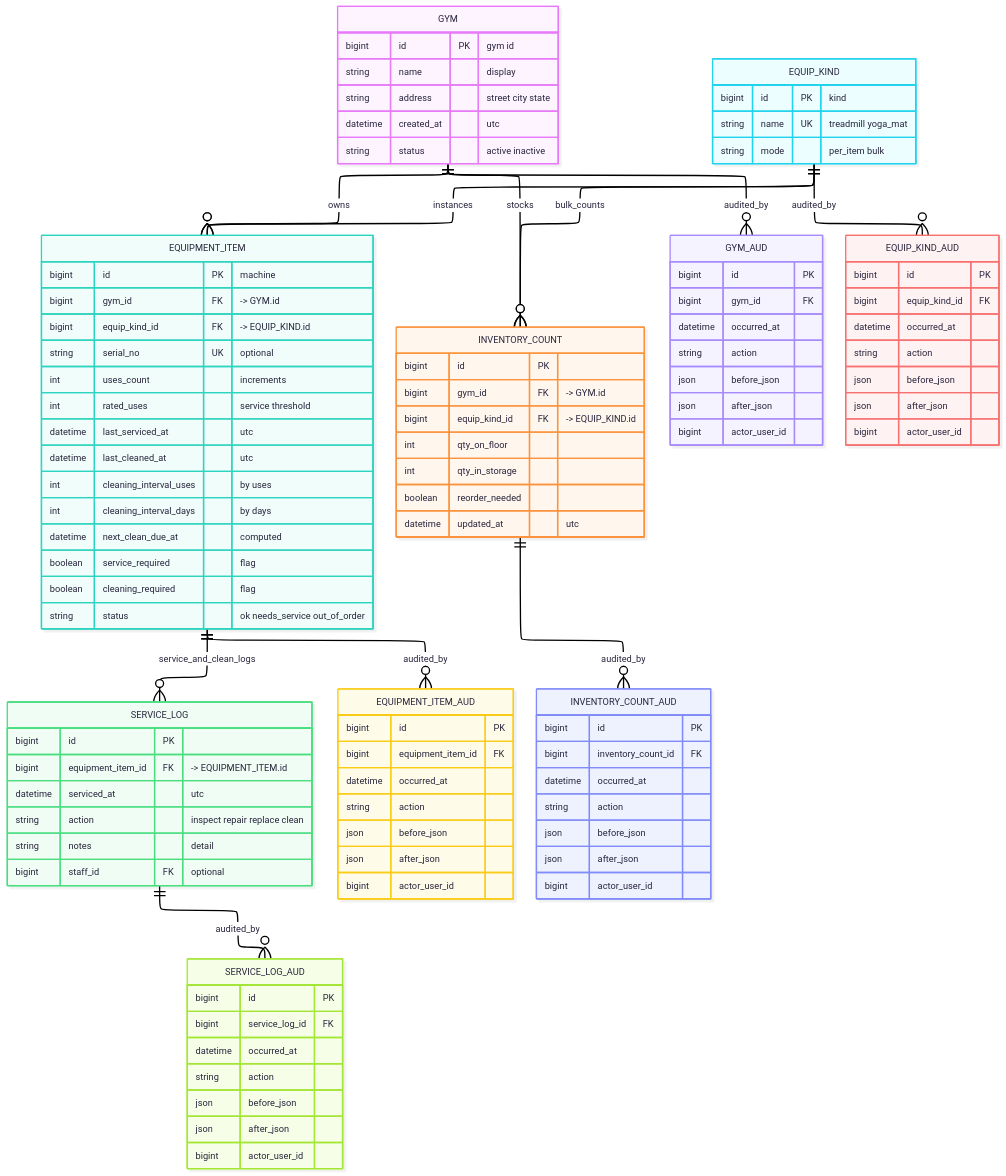
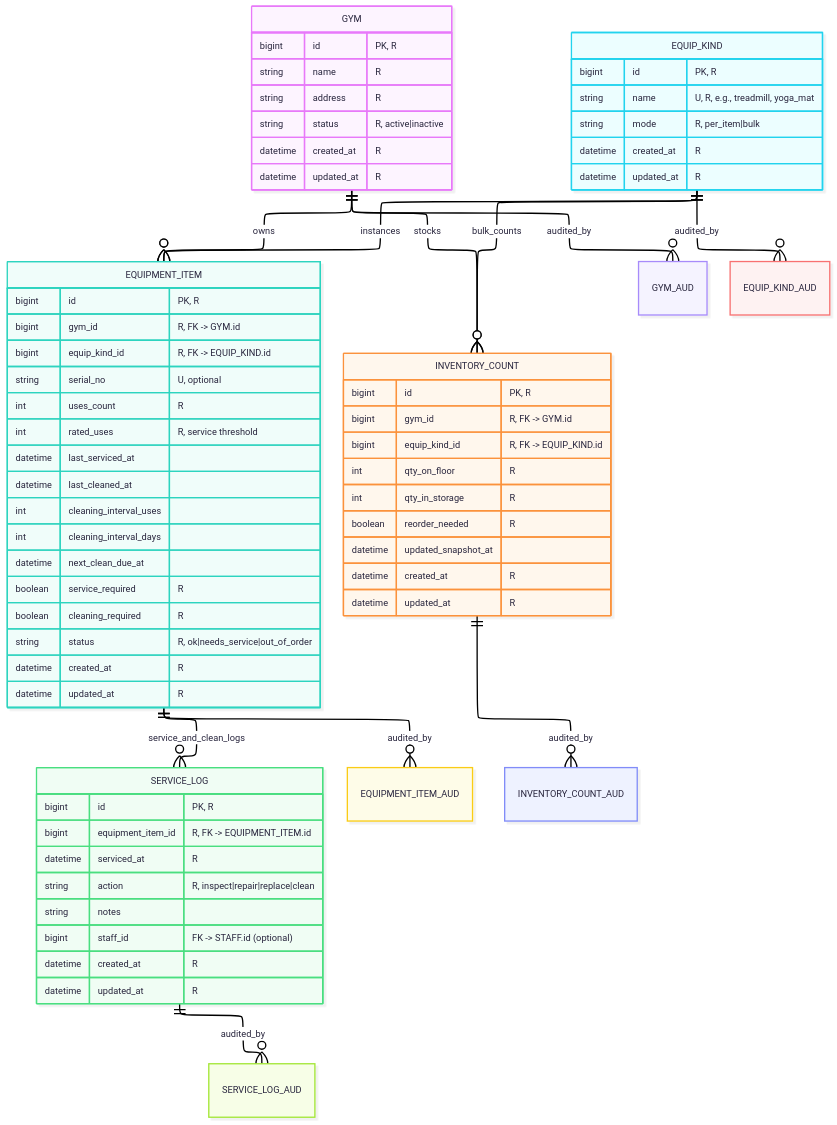
The second of 7 diagrams in docs/ERDs.md (jic48-rutgers/FitDB), drawn with Mermaid before and after one commit. The commit also changed other lines of this file, not shown here.

Commit message:
overhauled ERDs.md, just missing triggers and how audits work exactly

````diff
--- a/docs/ERDs.md
+++ b/docs/ERDs.md
@@ -73,113 +94,75 @@
     nodePlacementStrategy: LINEAR_SEGMENTS
 ---
 erDiagram
-    %% gym & equipment (+ audits)
+    %% Gym & Equipment (+ audits)
 
-    %% relationships
+    %% Relationships
     GYM ||--o{ EQUIPMENT_ITEM  : owns
     GYM ||--o{ INVENTORY_COUNT : stocks
     EQUIP_KIND ||--o{ EQUIPMENT_ITEM  : instances
     EQUIP_KIND ||--o{ INVENTORY_COUNT : bulk_counts
     EQUIPMENT_ITEM ||--o{ SERVICE_LOG : service_and_clean_logs
 
-    %% audits
+    %% Audits
     GYM ||--o{ GYM_AUD : audited_by
     EQUIP_KIND ||--o{ EQUIP_KIND_AUD : audited_by
     EQUIPMENT_ITEM ||--o{ EQUIPMENT_ITEM_AUD : audited_by
     INVENTORY_COUNT ||--o{ INVENTORY_COUNT_AUD : audited_by
     SERVICE_LOG ||--o{ SERVICE_LOG_AUD : audited_by
 
-    %% entities
+    %% Entities
     GYM {
-        bigint id PK "gym id"
-        string name  "display"
-        string address "street city state"
-        datetime created_at "utc"
-        string status "active inactive"
+        bigint id "PK, R"
+        string name "R"
+        string address "R"
+        string status "R, active|inactive"
+        datetime created_at "R"
+        datetime updated_at "R"
     }
     EQUIP_KIND {
-        bigint id PK "kind"
-        string name UK "treadmill yoga_mat"
-        string mode "per_item bulk"
+        bigint id "PK, R"
+        string name "U, R, e.g., treadmill, yoga_mat"
+        string mode "R, per_item|bulk"
+        datetime created_at "R"
+        datetime updated_at "R"
     }
     EQUIPMENT_ITEM {
-        bigint id PK "machine"
-        bigint gym_id FK "-> GYM.id"
-        bigint equip_kind_id FK "-> EQUIP_KIND.id"
-        string serial_no UK "optional"
-        int uses_count "increments"
-        int rated_uses "service threshold"
-        datetime last_serviced_at "utc"
-        datetime last_cleaned_at "utc"
-        int cleaning_interval_uses "by uses"
-        int cleaning_interval_days "by days"
-        datetime next_clean_due_at "computed"
-        boolean service_required "flag"
-        boolean cleaning_required "flag"
-        string status "ok needs_service out_of_order"
+        bigint id "PK, R"
+        bigint gym_id "R, FK -> GYM.id"
+        bigint equip_kind_id "R, FK -> EQUIP_KIND.id"
+        string serial_no "U, optional"
+        int uses_count "R"
+        int rated_uses "R, service threshold"
+        datetime last_serviced_at ""
+        datetime last_cleaned_at ""
+        int cleaning_interval_uses ""
+        int cleaning_interval_days ""
+        datetime next_clean_due_at ""
+        boolean service_required "R"
+        boolean cleaning_required "R"
+        string status "R, ok|needs_service|out_of_order"
+        datetime created_at "R"
+        datetime updated_at "R"
     }
     INVENTORY_COUNT {
-        bigint id PK
-        bigint gym_id FK "-> GYM.id"
-        bigint equip_kind_id FK "-> EQUIP_KIND.id"
-        int qty_on_floor
-        int qty_in_storage
-        boolean reorder_needed
-        datetime updated_at "utc"
+        bigint id "PK, R"
+        bigint gym_id "R, FK -> GYM.id"
+        bigint equip_kind_id "R, FK -> EQUIP_KIND.id"
+        int qty_on_floor "R"
+        int qty_in_storage "R"
+        boolean reorder_needed "R"
+        datetime updated_snapshot_at ""
+        datetime created_at "R"
+        datetime updated_at "R"
     }
     SERVICE_LOG {
-        bigint id PK
-        bigint equipment_item_id FK "-> EQUIPMENT_ITEM.id"
-        datetime serviced_at "utc"
-        string action "inspect repair replace clean"
-        string notes  "detail"
-        bigint staff_id FK "optional"
-    }
-
-    %% audit tables
-    GYM_AUD {
-        bigint id PK
-        bigint gym_id FK
-        datetime occurred_at
-        string action
-        json before_json
-        json after_json
-        bigint actor_user_id
-    }
-    EQUIP_KIND_AUD {
-        bigint id PK
-        bigint equip_kind_id FK
-        datetime occurred_at
-        string action
-        json before_json
-        json after_json
-        bigint actor_user_id
-    }
-    EQUIPMENT_ITEM_AUD {
-        bigint id PK
-        bigint equipment_item_id FK
-        datetime occurred_at
-        string action
-        json before_json
-        json after_json
-        bigint actor_user_id
-    }
-    INVENTORY_COUNT_AUD {
-        bigint id PK
-        bigint inventory_count_id FK
-        datetime occurred_at
-        string action
-        json before_json
-        json after_json
-        bigint actor_user_id
-    }
-    SERVICE_LOG_AUD {
-        bigint id PK
-        bigint service_log_id FK
-        datetime occurred_at
-        string action
-        json before_json
-        json after_json
-        bigint actor_user_id
+        bigint id "PK, R"
+        bigint equipment_item_id "R, FK -> EQUIPMENT_ITEM.id"
+        datetime serviced_at "R"
+        string action "R, inspect|repair|replace|clean"
+        string notes ""
+        bigint staff_id "FK -> STAFF.id (optional)"
+        datetime created_at "R"
+        datetime updated_at "R"
     }
 ```
````
